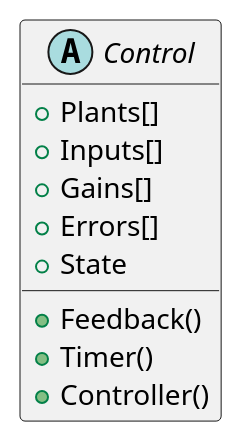
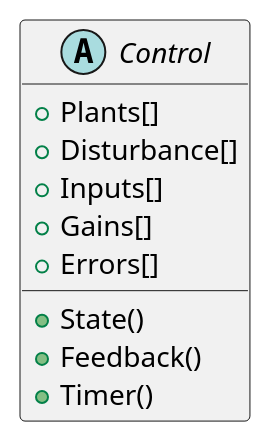
The diagram in PlantUML designs/ThreeMonkeys.puml (JERL88/FMDAF), drawn with PlantUML before and after one commit. The commit also changed 10 other files, not shown here.

```diff
--- a/PlantUML designs/ThreeMonkeys.puml
+++ b/PlantUML designs/ThreeMonkeys.puml
@@ -1,19 +1,19 @@
 @startuml
 
 abstract Control{
 
     +Plants[]
+    +Disturbance[]
     +Inputs[]
     +Gains[]
     +Errors[]
-    +State
+    +State()
     +Feedback() 
-    +Timer()
-    +Controller()   
-    
+    +Timer() 
+
 }
 
 
 
 
 @enduml
```
